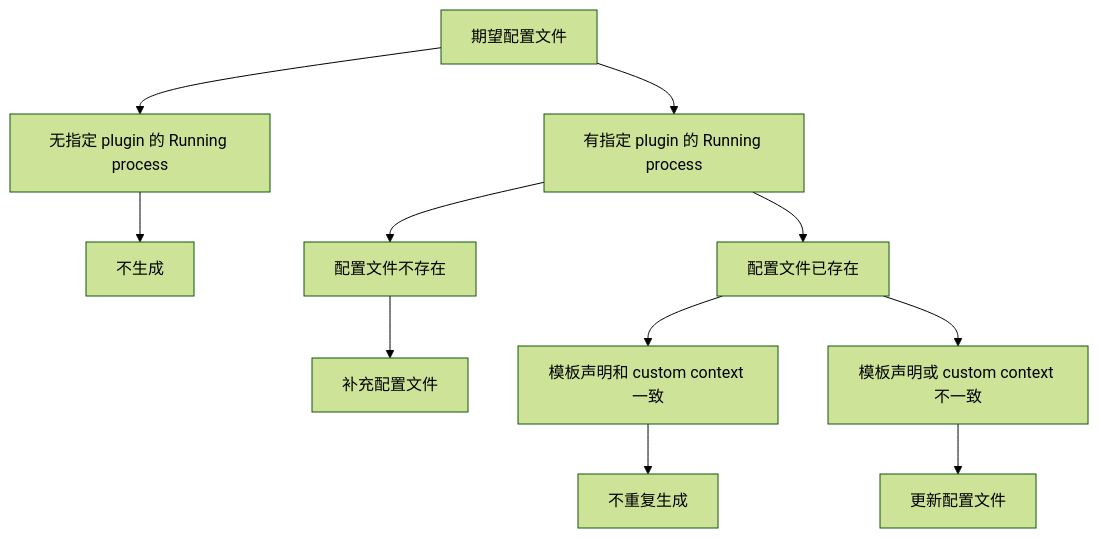
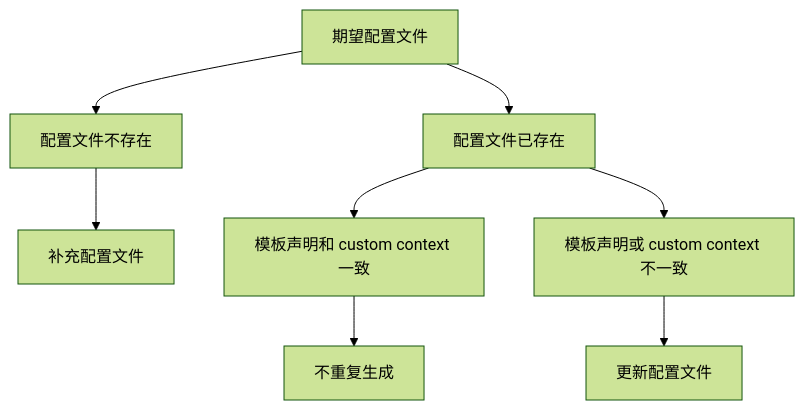
The second of 2 diagrams in docs/concepts/deploy_policy/spec_specify_plugin_sub_config_template.md (TencentBlueKing/bk-nodemgr), drawn with Mermaid (forest theme) before and after one commit. The commit also changed other lines of this file and 3 other files, not shown here.

````diff
--- a/docs/concepts/deploy_policy/spec_specify_plugin_sub_config_template.md
+++ b/docs/concepts/deploy_policy/spec_specify_plugin_sub_config_template.md
@@ -45,15 +45,11 @@
 ```mermaid
 graph TD
     Root["期望配置文件"]
-    Root --> DesiredNoRunning["无指定 plugin 的 Running process"]
-    Root --> DesiredRunning["有指定 plugin 的 Running process"]
-
-    DesiredNoRunning --> Skip["不生成"]
-    DesiredRunning --> Missing["配置文件不存在"]
-    DesiredRunning --> Exists["配置文件已存在"]
+    Root --> Missing["配置文件不存在"]
+    Root --> Exists["配置文件已存在"]
     Missing --> Apply["补充配置文件"]
     Exists --> Same["模板声明和 custom context 一致"]
     Exists --> Changed["模板声明或 custom context 不一致"]
     Same --> SkipExisting["不重复生成"]
     Changed --> Update["更新配置文件"]
 ```
````
